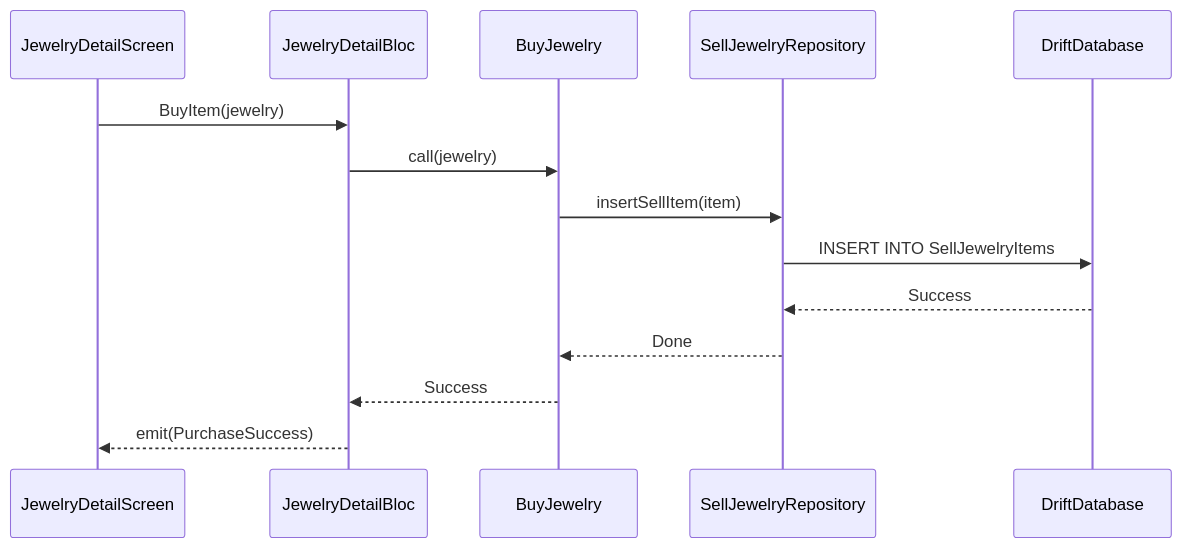
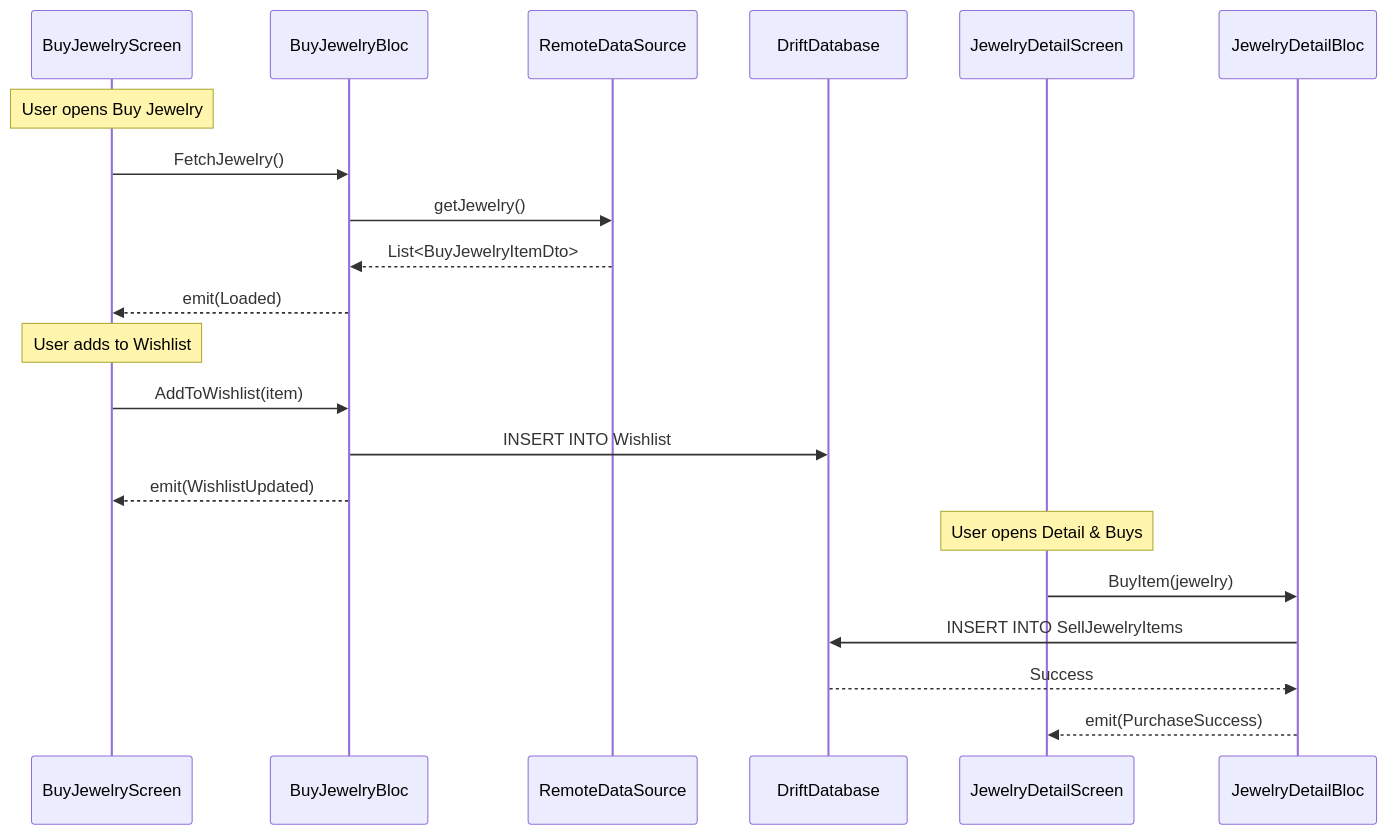
Before and after one commit to tuyen123khac/clean-architecture-todo-app: the second of 4 diagrams in README.md, drawn with Mermaid. The commit also changed other lines of this file, not shown here.

````diff
--- a/README.md
+++ b/README.md
@@ -155,17 +157,26 @@
 ```mermaid
 sequenceDiagram
-    participant UI as JewelryDetailScreen
-    participant Bloc as JewelryDetailBloc
-    participant UC as BuyJewelry
-    participant Repo as SellJewelryRepository
+    participant ListUI as BuyJewelryScreen
+    participant ListBloc as BuyJewelryBloc
+    participant API as RemoteDataSource
     participant DB as DriftDatabase
+    participant DetailUI as JewelryDetailScreen
+    participant DetailBloc as JewelryDetailBloc
 
-    UI->>Bloc: BuyItem(jewelry)
-    Bloc->>UC: call(jewelry)
-    UC->>Repo: insertSellItem(item)
-    Repo->>DB: INSERT INTO SellJewelryItems
-    DB-->>Repo: Success
-    Repo-->>UC: Done
-    UC-->>Bloc: Success
-    Bloc-->>UI: emit(PurchaseSuccess)
+    Note over ListUI: User opens Buy Jewelry
+    ListUI->>ListBloc: FetchJewelry()
+    ListBloc->>API: getJewelry()
+    API-->>ListBloc: List<BuyJewelryItemDto>
+    ListBloc-->>ListUI: emit(Loaded)
+
+    Note over ListUI: User adds to Wishlist
+    ListUI->>ListBloc: AddToWishlist(item)
+    ListBloc->>DB: INSERT INTO Wishlist
+    ListBloc-->>ListUI: emit(WishlistUpdated)
+
+    Note over DetailUI: User opens Detail & Buys
+    DetailUI->>DetailBloc: BuyItem(jewelry)
+    DetailBloc->>DB: INSERT INTO SellJewelryItems
+    DB-->>DetailBloc: Success
+    DetailBloc-->>DetailUI: emit(PurchaseSuccess)
 ```
````
